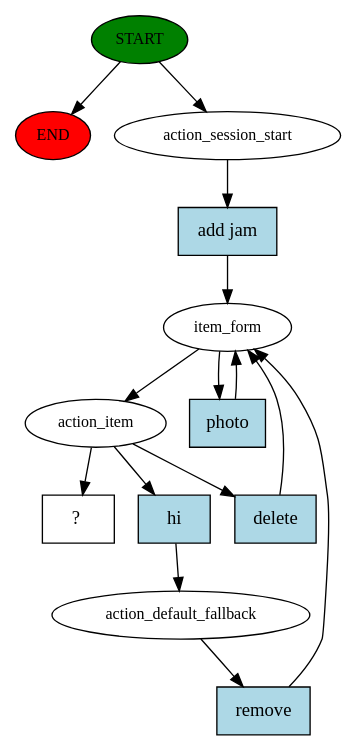
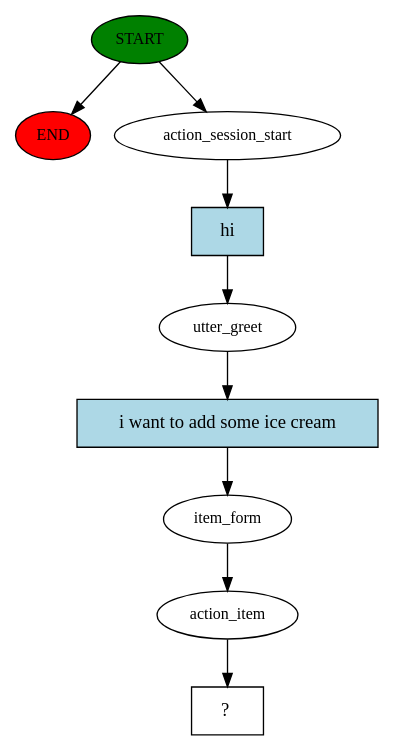
Before and after one commit to UniversityProjectsAtUnisa/rasa-chatbot_cr: the diagram in story_graph.dot, drawn with Graphviz. The commit also changed 12 other files, not shown here.

```diff
--- a/story_graph.dot
+++ b/story_graph.dot
@@ -1,28 +1,19 @@
 digraph  {
 0 [class="start active", fillcolor=green, fontsize=12, label=START, style=filled];
 "-1" [class=end, fillcolor=red, fontsize=12, label=END, style=filled];
 1 [class=active, fontsize=12, label=action_session_start];
-2 [class=active, fontsize=12, label=item_form];
-3 [class=active, fontsize=12, label=action_item];
-7 [class=active, fontsize=12, label=action_default_fallback];
-14 [class="intent dashed active", label="  ?  ", shape=rect];
-15 [class="intent active", fillcolor=lightblue, label="add jam", shape=rect, style=filled];
-16 [class="intent active", fillcolor=lightblue, label=photo, shape=rect, style=filled];
-17 [class="intent active", fillcolor=lightblue, label=hi, shape=rect, style=filled];
-18 [class="intent active", fillcolor=lightblue, label=delete, shape=rect, style=filled];
-19 [class="intent active", fillcolor=lightblue, label=remove, shape=rect, style=filled];
+2 [class=active, fontsize=12, label=utter_greet];
+3 [class=active, fontsize=12, label=item_form];
+4 [class=active, fontsize=12, label=action_item];
+5 [class="intent dashed active", label="  ?  ", shape=rect];
+6 [class="intent active", fillcolor=lightblue, label=hi, shape=rect, style=filled];
+7 [class="intent active", fillcolor=lightblue, label="i want to add some ice cream", shape=rect, style=filled];
 0 -> "-1"  [class="", key=NONE, label=""];
 0 -> 1  [class=active, key=NONE, label=""];
-1 -> 15  [class=active, key=0];
-2 -> 3  [class=active, key=NONE, label=""];
-2 -> 16  [class=active, key=0];
-3 -> 14  [class=active, key=NONE, label=""];
-3 -> 17  [class=active, key=0];
-3 -> 18  [class=active, key=0];
-7 -> 19  [class=active, key=0];
-15 -> 2  [class=active, key=0];
-16 -> 2  [class=active, key=0];
-17 -> 7  [class=active, key=0];
-18 -> 2  [class=active, key=0];
-19 -> 2  [class=active, key=0];
+1 -> 6  [class=active, key=0];
+2 -> 7  [class=active, key=0];
+3 -> 4  [class=active, key=NONE, label=""];
+4 -> 5  [class=active, key=NONE, label=""];
+6 -> 2  [class=active, key=0];
+7 -> 3  [class=active, key=0];
 }
```
